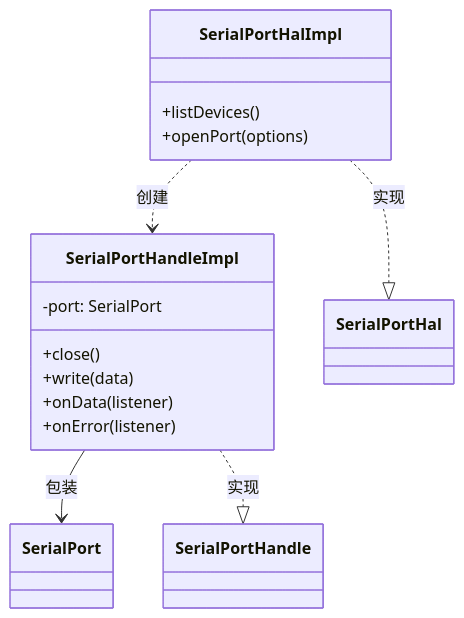
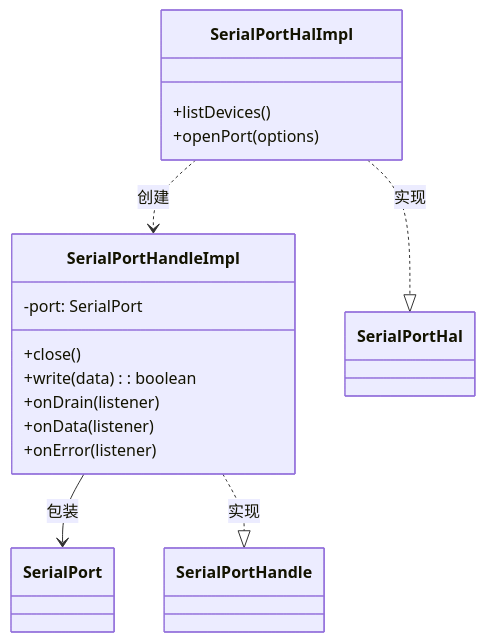
Before and after one commit to ziqiang-zhu/vscode-serial-port-terminal: the diagram in doc/SerialPortHalImpl实现.md, drawn with Mermaid. The commit also changed other lines of this file and 8 other files, not shown here.

````diff
--- a/doc/SerialPortHalImpl实现.md
+++ b/doc/SerialPortHalImpl实现.md
@@ -77,18 +77,19 @@
 ```mermaid
 classDiagram
     class SerialPortHalImpl {
         +listDevices()
         +openPort(options)
     }
     class SerialPortHandleImpl {
         +close()
-        +write(data)
+        +write(data): boolean
+        +onDrain(listener)
         +onData(listener)
         +onError(listener)
         -port: SerialPort
     }
     SerialPortHalImpl ..> SerialPortHandleImpl : 创建
     SerialPortHandleImpl --> SerialPort : 包装
     SerialPortHalImpl ..|> SerialPortHal : 实现
     SerialPortHandleImpl ..|> SerialPortHandle : 实现
 ```
````
